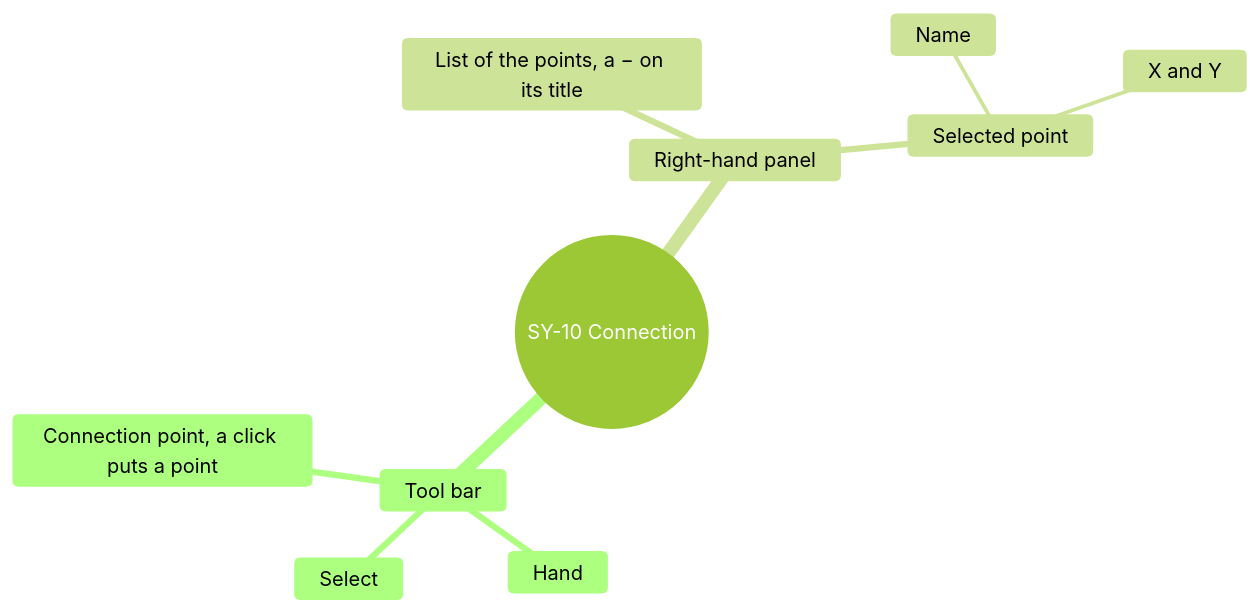
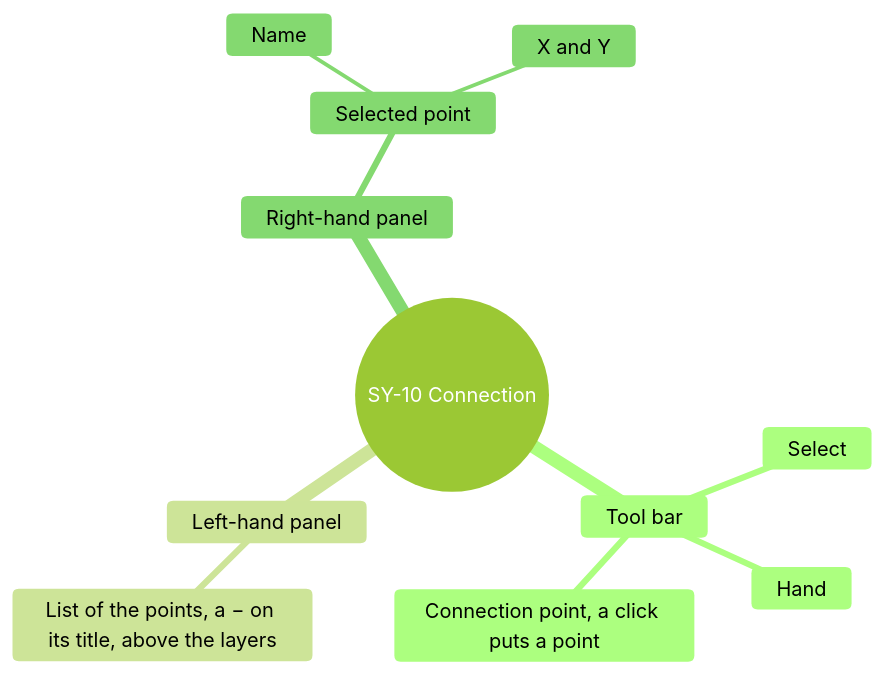
Diagram 12 of 16 in screens/symbols.md (AlexandreGallais/synoptic-studio-spec), drawn with Mermaid (forest theme) before and after one commit. The commit also changed other lines of this file and 5 other files, not shown here.

First line of the commit message:
docs(symbols): choose in the layers, no list repeated on the right

````diff
--- a/screens/symbols.md
+++ b/screens/symbols.md
@@ -541,13 +541,14 @@
 ```mermaid
 mindmap
   root((SY-10 Connection))
     Tool bar
       Select
       Hand
       Connection point, a click puts a point
+    Left-hand panel
+      List of the points, a − on its title, above the layers
     Right-hand panel
-      List of the points, a − on its title
       Selected point
         Name
         X and Y
 ```
````
